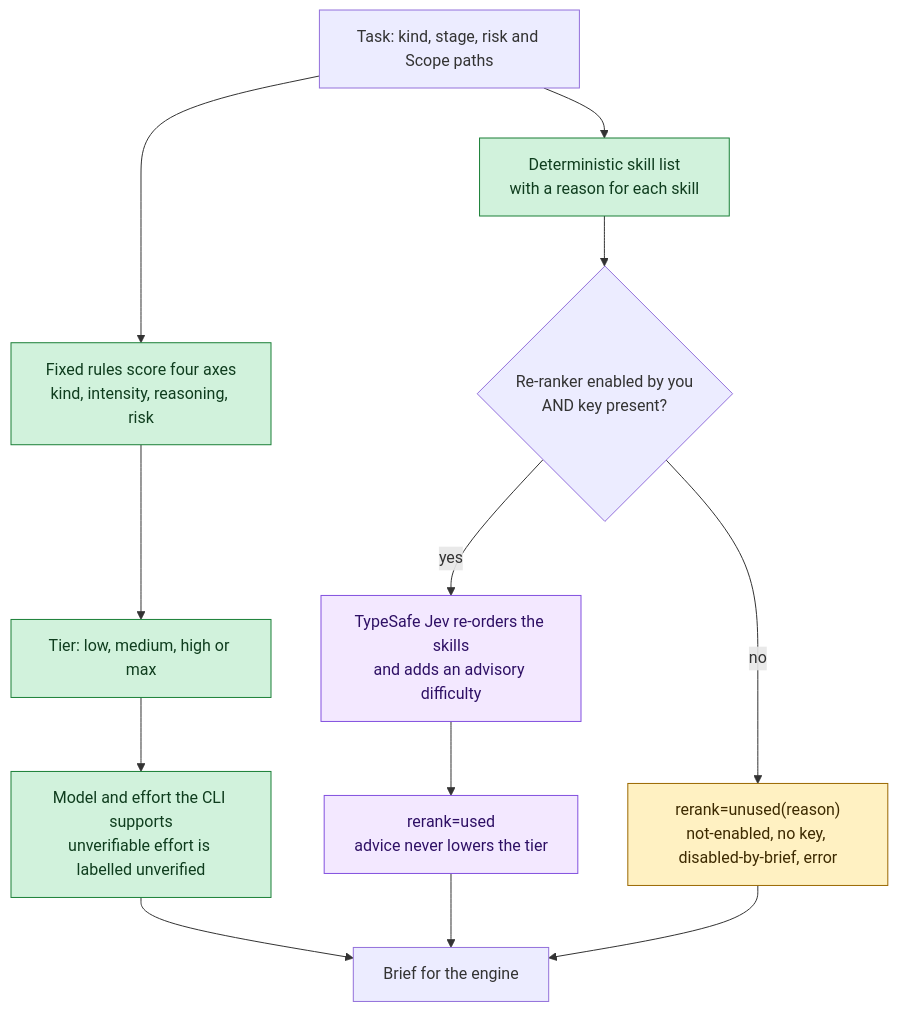
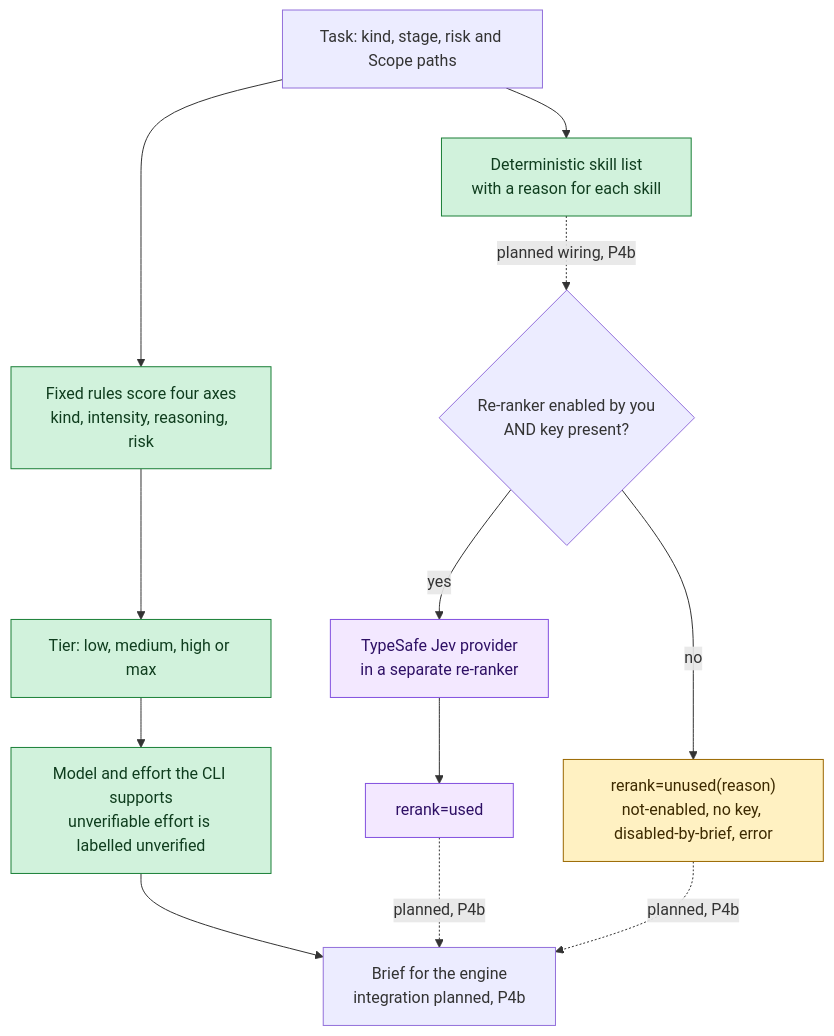
One commit to KenSuh/open-agent-harness changed the third of 8 diagrams in README.md. Above: the diagram before and after it, drawn with Mermaid. The commit also changed other lines of this file, not shown here.

````diff
--- a/README.md
+++ b/README.md
@@ -204,25 +204,28 @@
 ```mermaid
 flowchart TD
     task["Task: kind, stage, risk and Scope paths"]
     score["Fixed rules score four axes<br/>kind, intensity, reasoning, risk"]
     tier["Tier: low, medium, high or max"]
     model["Model and effort the CLI supports<br/>unverifiable effort is labelled unverified"]
     skills["Deterministic skill list<br/>with a reason for each skill"]
     ask{"Re-ranker enabled by you<br/>AND key present?"}
-    jev["TypeSafe Jev re-orders the skills<br/>and adds an advisory difficulty"]
-    used["rerank=used<br/>advice never lowers the tier"]
+    jev["TypeSafe Jev provider<br/>in a separate re-ranker"]
+    used["rerank=used"]
     unused["rerank=unused(reason)<br/>not-enabled, no key, disabled-by-brief, error"]
-    brief["Brief for the engine"]
+    brief["Brief for the engine<br/>integration planned, P4b"]
 
     task --> score --> tier --> model --> brief
-    task --> skills --> ask
-    ask -->|"yes"| jev --> used --> brief
-    ask -->|"no"| unused --> brief
+    task --> skills
+    skills -.->|"planned wiring, P4b"| ask
+    ask -->|"yes"| jev --> used
+    ask -->|"no"| unused
+    used -.->|"planned, P4b"| brief
+    unused -.->|"planned, P4b"| brief
 
     classDef rule fill:#d1f2dc,stroke:#1a7f37,color:#0f3d1e
     classDef ai fill:#f3e8ff,stroke:#8250df,color:#2e1065
     classDef note fill:#fff1c2,stroke:#9a6700,color:#3d2a00
     class score,tier,model,skills rule
     class jev,used ai
     class unused note
 ```
````
